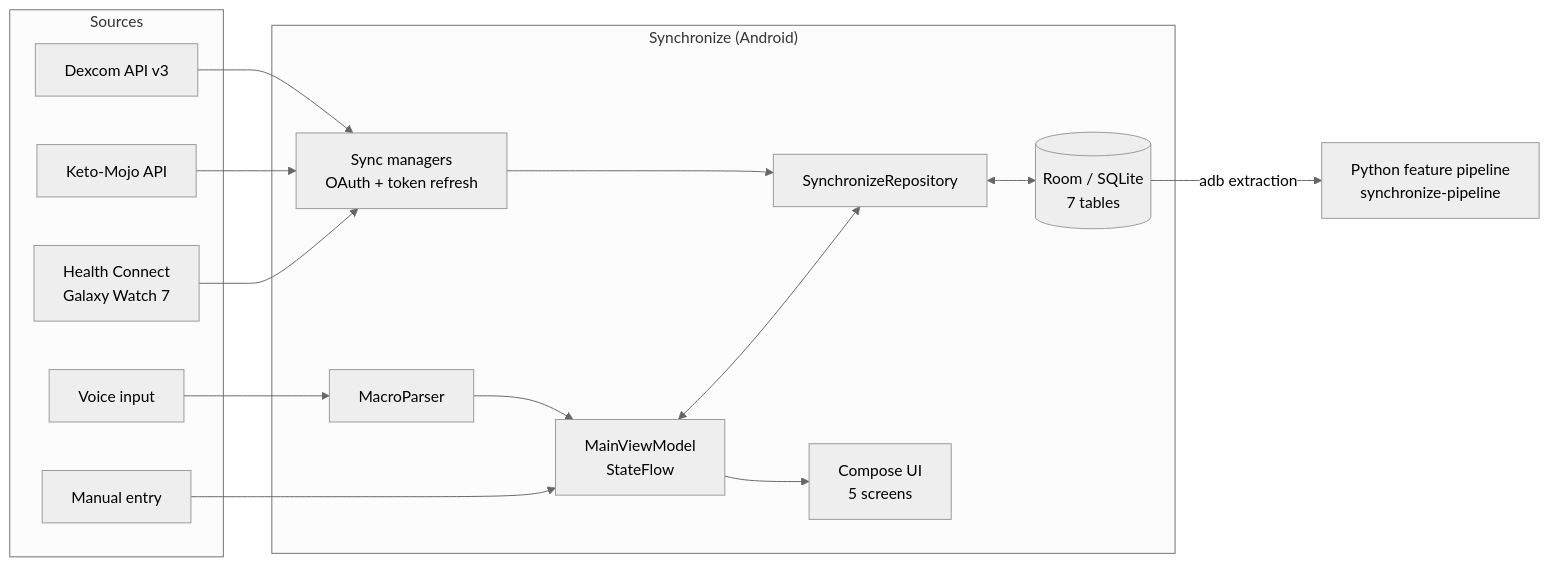
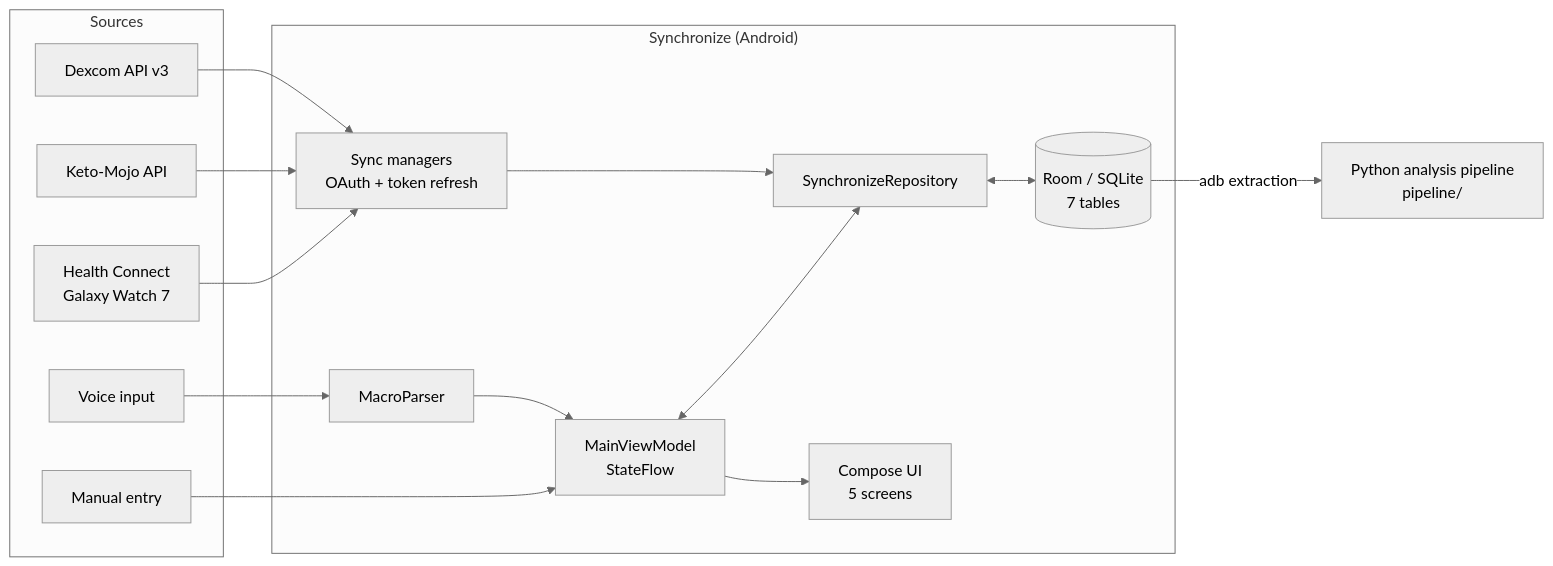
One commit to danaharper151/Synchronize changed the diagram in README.md. Above: the diagram before and after it, drawn with Mermaid (neutral theme). The commit also changed other lines of this file and 29 other files, not shown here.

First line of the commit message:
Add analysis pipeline under pipeline/

````diff
--- a/README.md
+++ b/README.md
@@ -50,32 +50,32 @@
 ```mermaid
 flowchart LR
     subgraph Sources
         DX[Dexcom API v3]
         KM[Keto-Mojo API]
         HC[Health Connect<br/>Galaxy Watch 7]
         MIC[Voice input]
         UI[Manual entry]
     end
 
     subgraph App["Synchronize (Android)"]
         SYNC[Sync managers<br/>OAuth + token refresh]
         VP[MacroParser]
         VM[MainViewModel<br/>StateFlow]
         REPO[SynchronizeRepository]
         DB[(Room / SQLite<br/>7 tables)]
         SCR[Compose UI<br/>5 screens]
     end
 
     DX --> SYNC
     KM --> SYNC
     HC --> SYNC
     MIC --> VP
     SYNC --> REPO
     VP --> VM
     UI --> VM
     VM <--> REPO
     REPO <--> DB
     VM --> SCR
 
-    DB -- adb extraction --> PIPE[Python feature pipeline<br/>synchronize-pipeline]
+    DB -- adb extraction --> PIPE[Python analysis pipeline<br/>pipeline/]
 ```
````
